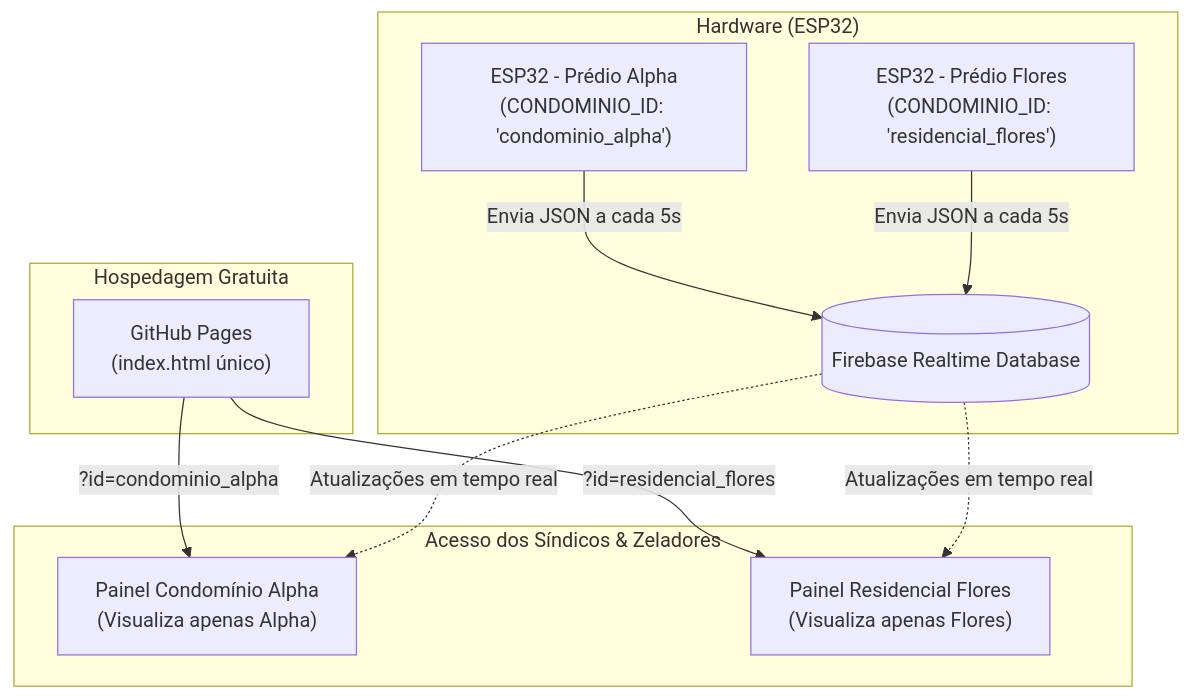
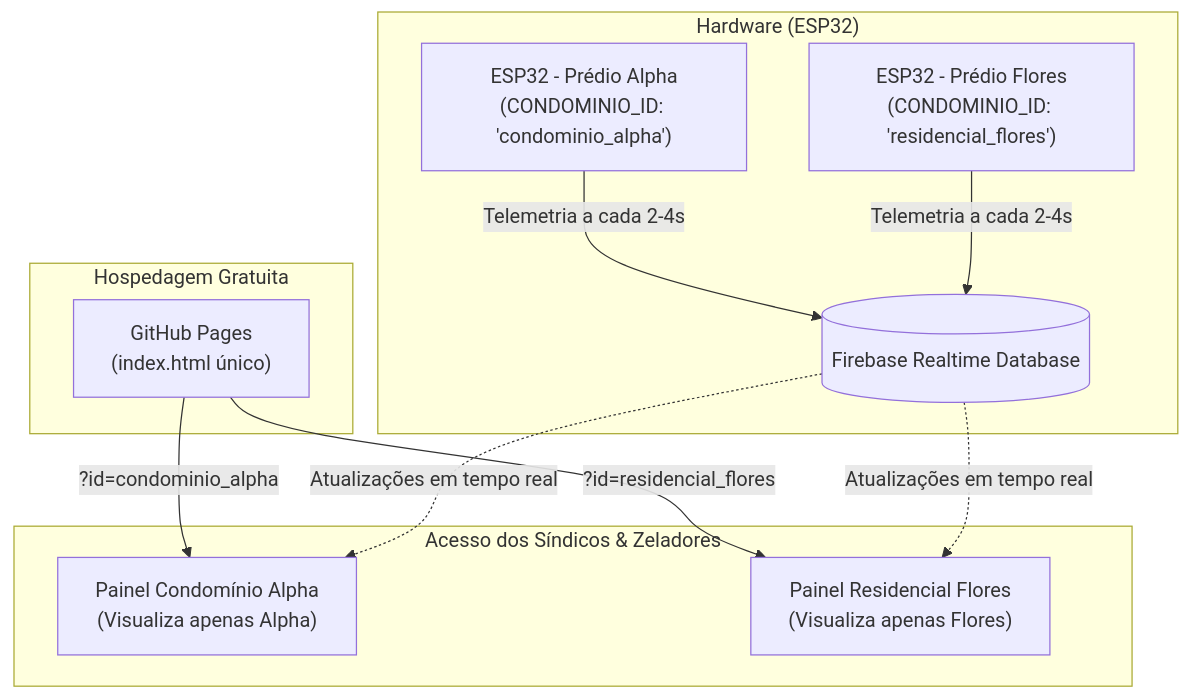
One commit to SmartWaterWeb/C.D.A-Project changed the diagram in README.md. Above: the diagram before and after it, drawn with Mermaid. The commit also changed other lines of this file and 11 other files, not shown here.

````diff
--- a/README.md
+++ b/README.md
@@ -9,18 +9,18 @@
 ```mermaid
 graph TD
     subgraph "Hardware (ESP32)"
-        A1["ESP32 - Prédio Alpha<br/>(CONDOMINIO_ID: 'condominio_alpha')"] -->|Envia JSON a cada 5s| FB[("Firebase Realtime Database")]
-        A2["ESP32 - Prédio Flores<br/>(CONDOMINIO_ID: 'residencial_flores')"] -->|Envia JSON a cada 5s| FB
+        A1["ESP32 - Prédio Alpha<br/>(CONDOMINIO_ID: 'condominio_alpha')"] -->|Telemetria a cada 2-4s| FB[("Firebase Realtime Database")]
+        A2["ESP32 - Prédio Flores<br/>(CONDOMINIO_ID: 'residencial_flores')"] -->|Telemetria a cada 2-4s| FB
     end
 
     subgraph "Hospedagem Gratuita"
         GH["GitHub Pages<br/>(index.html único)"]
     end
 
     subgraph "Acesso dos Síndicos & Zeladores"
         GH -->|?id=condominio_alpha| S1["Painel Condomínio Alpha<br/>(Visualiza apenas Alpha)"]
         GH -->|?id=residencial_flores| S2["Painel Residencial Flores<br/>(Visualiza apenas Flores)"]
         FB -.->|Atualizações em tempo real| S1
         FB -.->|Atualizações em tempo real| S2
     end
 ```
````
